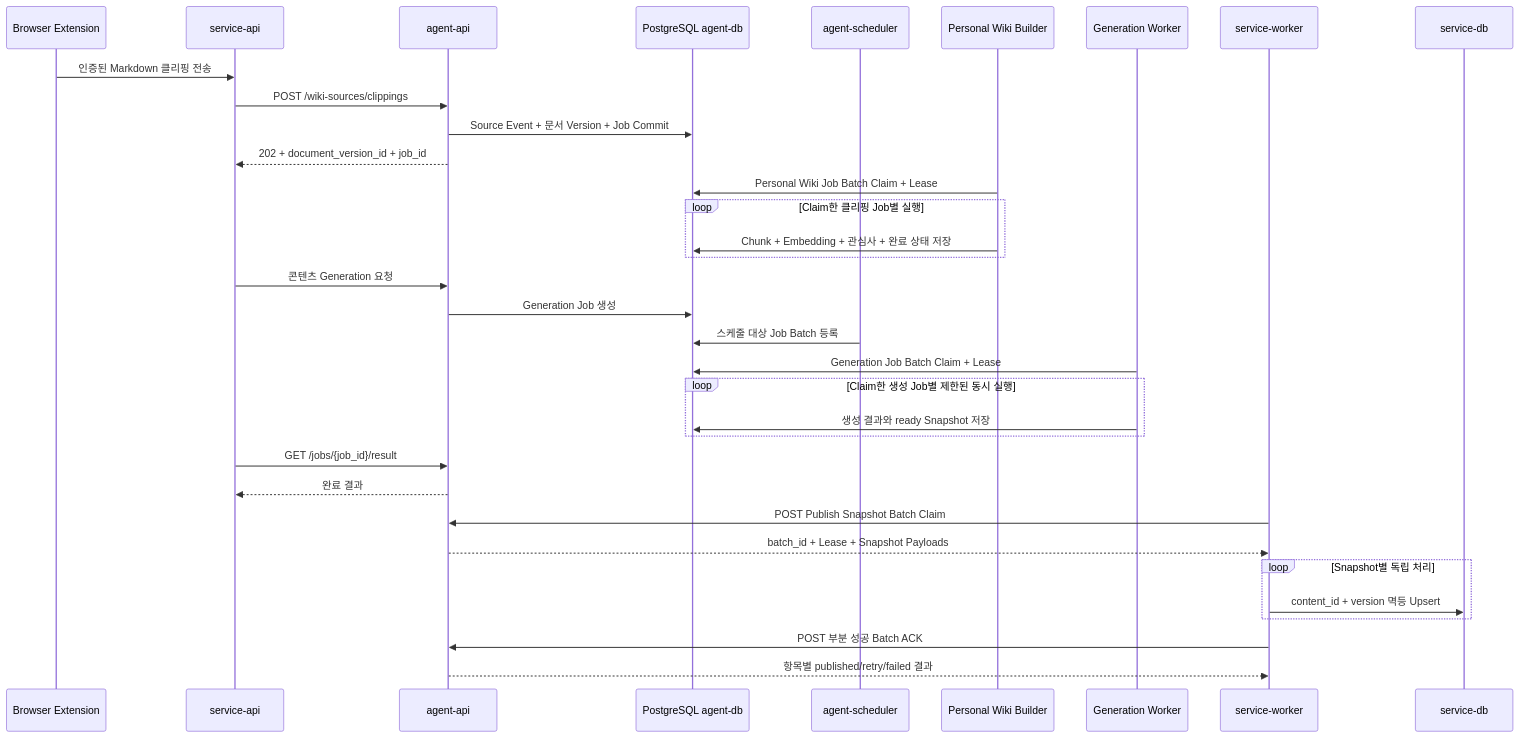
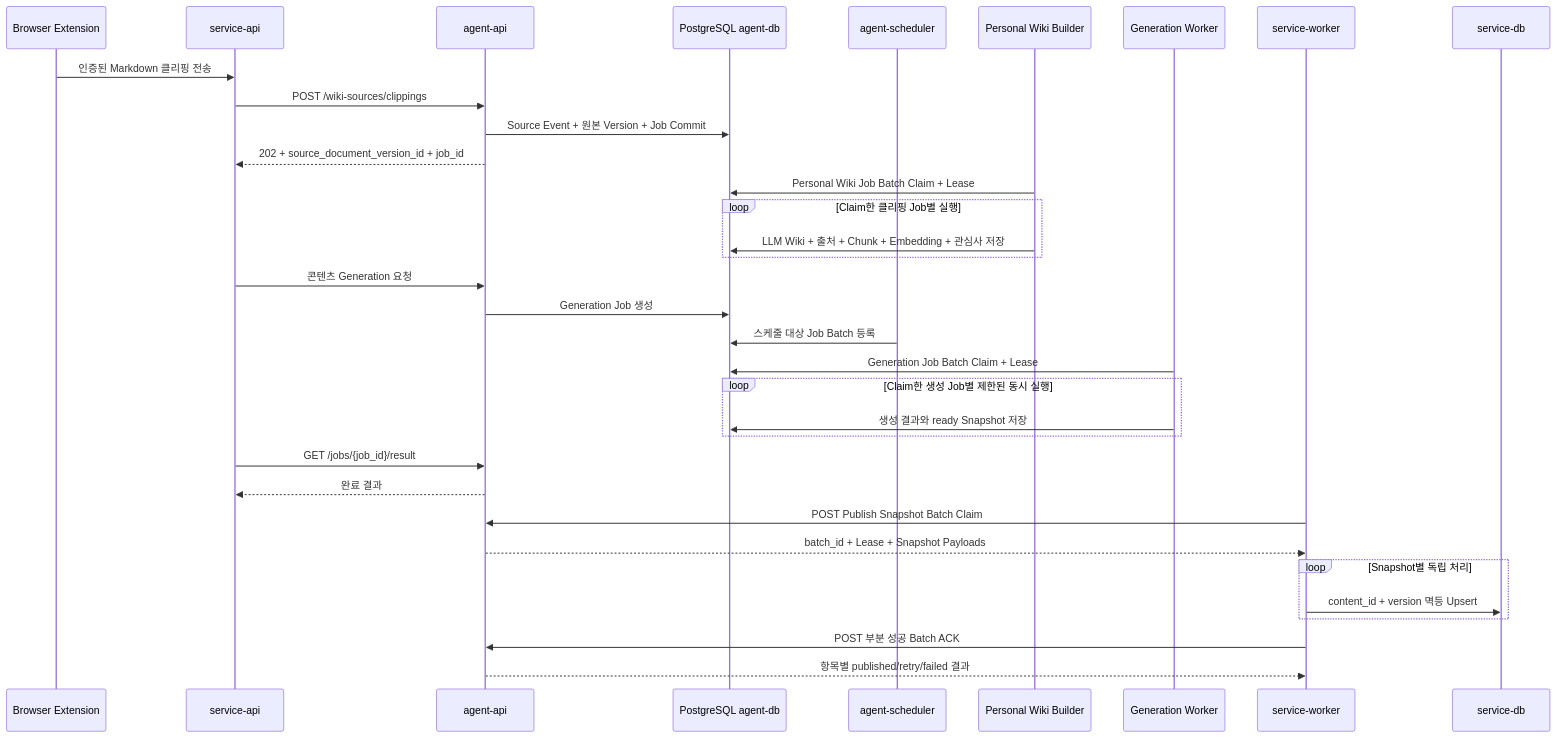
The diagram in docs/fastapi-mvp-api.md (hk-toss-final-project/bambi-agent-api), drawn with Mermaid before and after one commit. The commit also changed other lines of this file and 35 other files, not shown here.

First line of the commit message:
🗃️ 사용자 원본과 LLM Wiki 저장소 분리

````diff
--- a/docs/fastapi-mvp-api.md
+++ b/docs/fastapi-mvp-api.md
@@ -244,37 +245,37 @@
 ```mermaid
 sequenceDiagram
     participant Clipper as Browser Extension
     participant ServiceAPI as service-api
     participant AgentAPI as agent-api
     participant AgentDB as PostgreSQL agent-db
     participant Scheduler as agent-scheduler
     participant WikiWorker as Personal Wiki Builder
     participant GenerationWorker as Generation Worker
     participant ServiceWorker as service-worker
     participant ServiceDB as service-db
 
     Clipper->>ServiceAPI: 인증된 Markdown 클리핑 전송
     ServiceAPI->>AgentAPI: POST /wiki-sources/clippings
-    AgentAPI->>AgentDB: Source Event + 문서 Version + Job Commit
-    AgentAPI-->>ServiceAPI: 202 + document_version_id + job_id
+    AgentAPI->>AgentDB: Source Event + 원본 Version + Job Commit
+    AgentAPI-->>ServiceAPI: 202 + source_document_version_id + job_id
     WikiWorker->>AgentDB: Personal Wiki Job Batch Claim + Lease
     loop Claim한 클리핑 Job별 실행
-        WikiWorker->>AgentDB: Chunk + Embedding + 관심사 + 완료 상태 저장
+        WikiWorker->>AgentDB: LLM Wiki + 출처 + Chunk + Embedding + 관심사 저장
     end
     ServiceAPI->>AgentAPI: 콘텐츠 Generation 요청
     AgentAPI->>AgentDB: Generation Job 생성
     Scheduler->>AgentDB: 스케줄 대상 Job Batch 등록
     GenerationWorker->>AgentDB: Generation Job Batch Claim + Lease
     loop Claim한 생성 Job별 제한된 동시 실행
         GenerationWorker->>AgentDB: 생성 결과와 ready Snapshot 저장
     end
     ServiceAPI->>AgentAPI: GET /jobs/{job_id}/result
     AgentAPI-->>ServiceAPI: 완료 결과
     ServiceWorker->>AgentAPI: POST Publish Snapshot Batch Claim
     AgentAPI-->>ServiceWorker: batch_id + Lease + Snapshot Payloads
     loop Snapshot별 독립 처리
         ServiceWorker->>ServiceDB: content_id + version 멱등 Upsert
     end
     ServiceWorker->>AgentAPI: POST 부분 성공 Batch ACK
     AgentAPI-->>ServiceWorker: 항목별 published/retry/failed 결과
 ```
````
